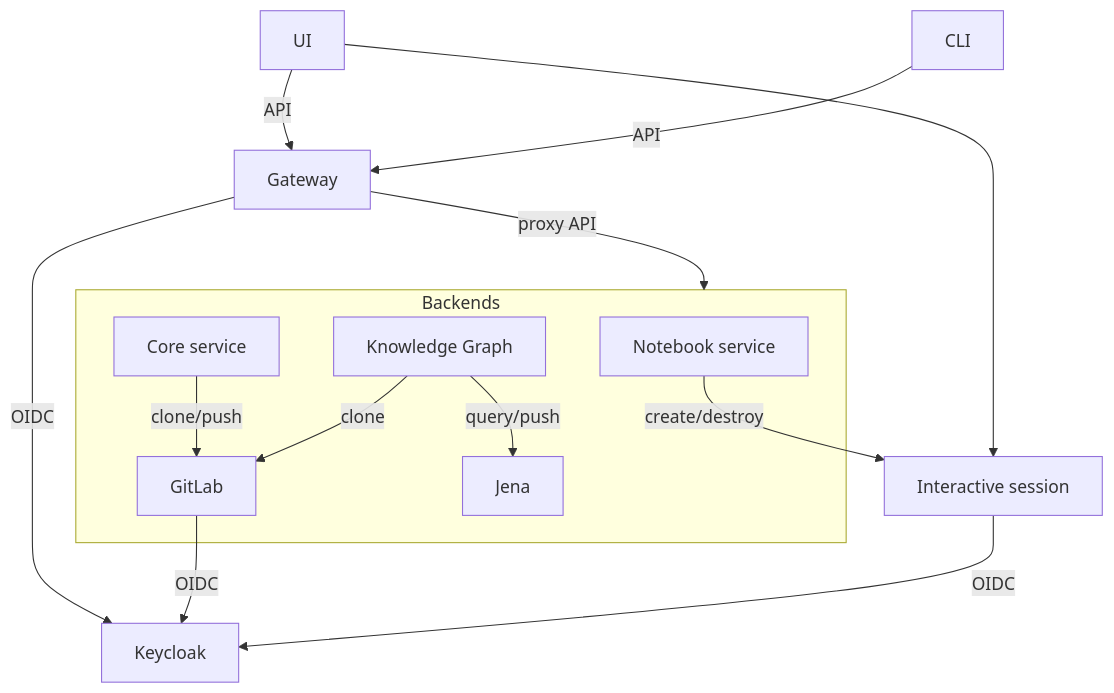
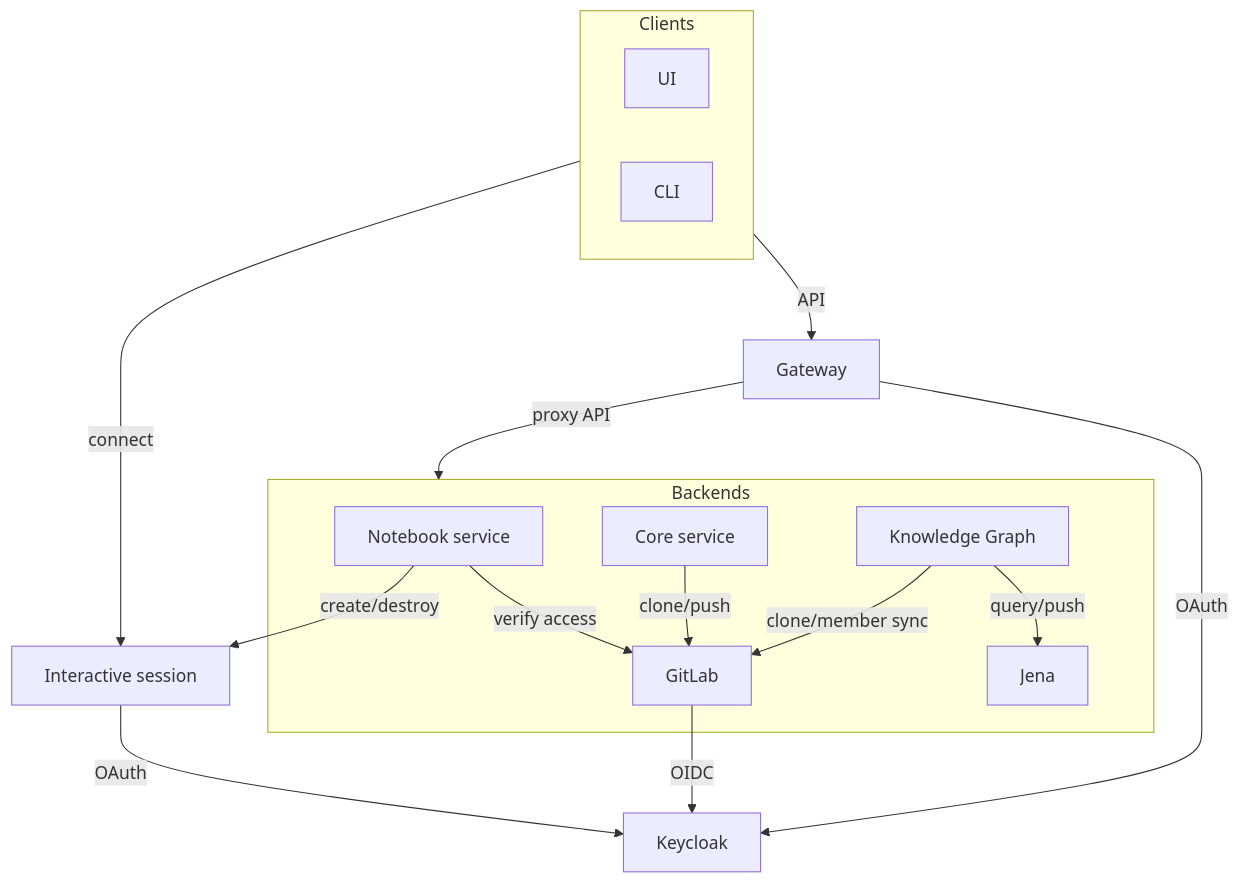
Before and after one commit to SwissDataScienceCenter/renku: the diagram in docs/_static/graphviz/renku_architecture.mmd, drawn with Mermaid.

Commit message:
chore: update architecture graph

```diff
--- a/docs/_static/graphviz/renku_architecture.mmd
+++ b/docs/_static/graphviz/renku_architecture.mmd
@@ -1,28 +1,38 @@
 flowchart TD
     ns[Notebook service]
     core[Core service]
     kg[Knowledge Graph]
     session[Interactive session]
 
-    UI & CLI --> |API| Gateway
+    Clients --> |API| Gateway
+
+    subgraph Clients
+    UI
+    CLI
+    end
 
     subgraph Backends
     ns
     core
     kg
     GitLab
     Jena
     end
 
     Gateway --> |proxy API| Backends
-    Gateway & GitLab & session --> |OIDC| Keycloak
+    GitLab --> |OIDC| Keycloak
 
+    Gateway & session --> |OAuth| Keycloak
+
+
+    Clients --> |connect| session
+
+    ns --> |verify access| GitLab
     ns --> |create/destroy| session
-    UI --> session
 
     core --> |clone/push| GitLab
 
-    kg --> |clone| GitLab
     kg --> |query/push| Jena
+    kg --> |clone/member sync| GitLab
 
     click ns "../services/notebooks-service.html"
```
